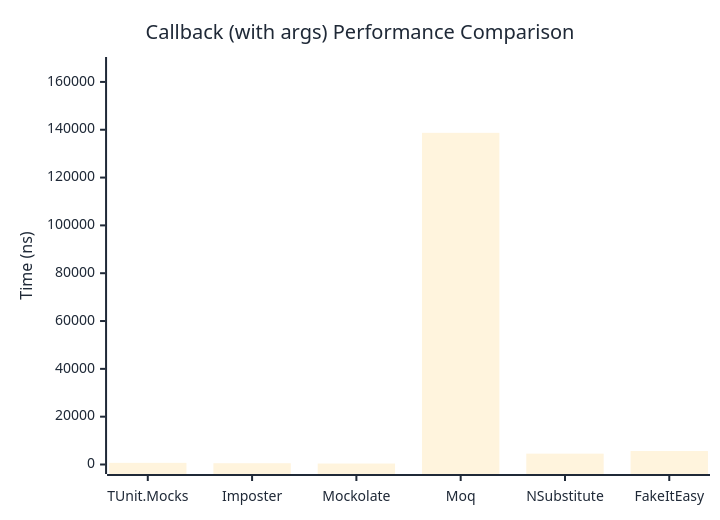
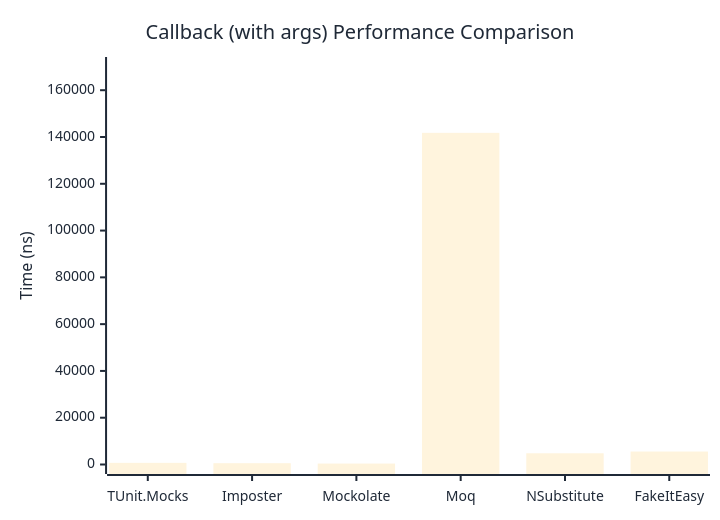
One commit to weiyilai/TUnit changed the second of 2 diagrams in docs/docs/benchmarks/mocks/Callback.md. Above: the diagram before and after it, drawn with Mermaid. The commit also changed other lines of this file and 14 other files, not shown here.

````diff
--- a/docs/docs/benchmarks/mocks/Callback.md
+++ b/docs/docs/benchmarks/mocks/Callback.md
@@ -69,27 +69,27 @@
 ```mermaid
 %%{init: {
   'theme':'base',
   'themeVariables': {
     'primaryColor': '#2563eb',
     'primaryTextColor': '#1f2937',
     'primaryBorderColor': '#1e40af',
     'lineColor': '#6b7280',
     'secondaryColor': '#7c3aed',
     'tertiaryColor': '#dc2626',
     'background': '#ffffff',
     'pie1': '#2563eb',
     'pie2': '#7c3aed',
     'pie3': '#dc2626',
     'pie4': '#f59e0b',
     'pie5': '#10b981',
     'pie6': '#06b6d4',
     'pie7': '#ec4899',
     'pie8': '#6366f1'
   }
 }}%%
 xychart-beta
   title "Callback (with args) Performance Comparison"
   x-axis ["TUnit.Mocks", "Imposter", "Mockolate", "Moq", "NSubstitute", "FakeItEasy"]
-  y-axis "Time (ns)" 0 --> 166450
-  bar [685.6, 534.3, 399.8, 138707.6, 4542.1, 5632.5]
+  y-axis "Time (ns)" 0 --> 170136
+  bar [710.4, 553.8, 401.8, 141779.4, 4804.9, 5540.7]
 ```
````
